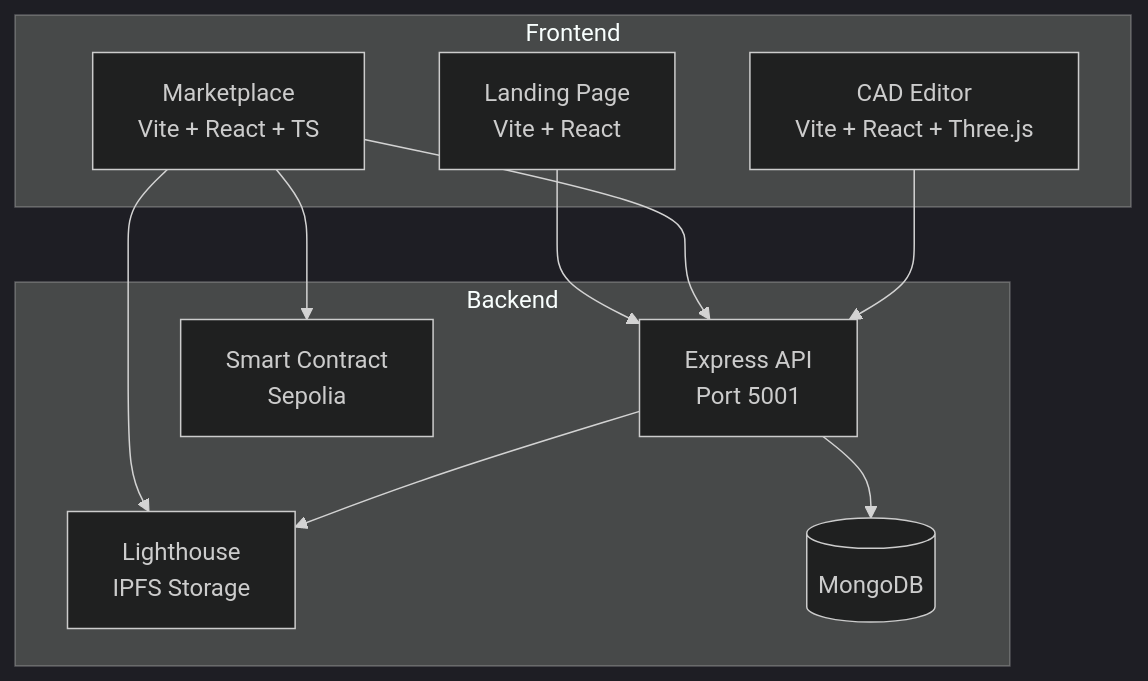
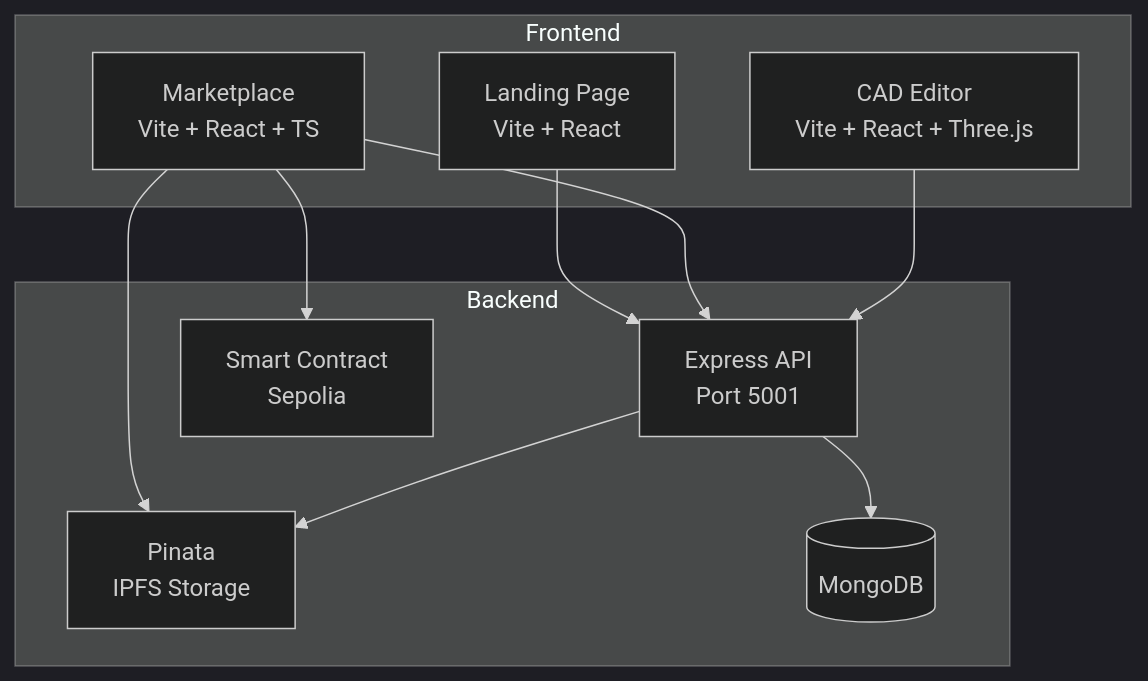
The diagram in README.md (Dealer-09/Chain-Torque), drawn with Mermaid (dark theme) before and after one commit. The commit also changed other lines of this file and 9 other files, not shown here.

````diff
--- a/README.md
+++ b/README.md
@@ -146,23 +148,23 @@
 ```mermaid
 graph TD
     subgraph Frontend
         LP[Landing Page<br/>Vite + React]
         MP[Marketplace<br/>Vite + React + TS]
         CAD[CAD Editor<br/>Vite + React + Three.js]
     end
     
     subgraph Backend
         API[Express API<br/>Port 5001]
         SC[Smart Contract<br/>Sepolia]
-        IPFS[Lighthouse<br/>IPFS Storage]
+        IPFS[Pinata<br/>IPFS Storage]
         DB[(MongoDB)]
     end
     
     LP --> API
     MP --> API
     MP --> SC
     MP --> IPFS
     CAD --> API
     API --> DB
     API --> IPFS
 ```
````
